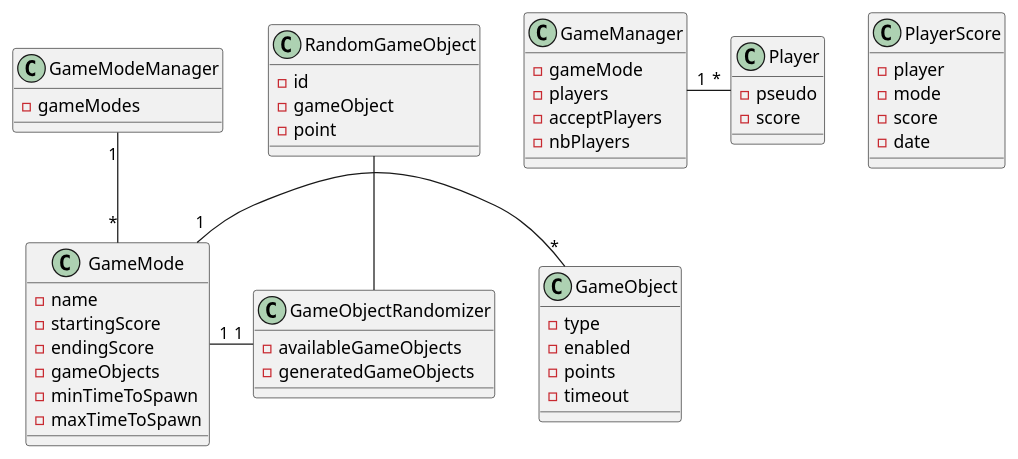
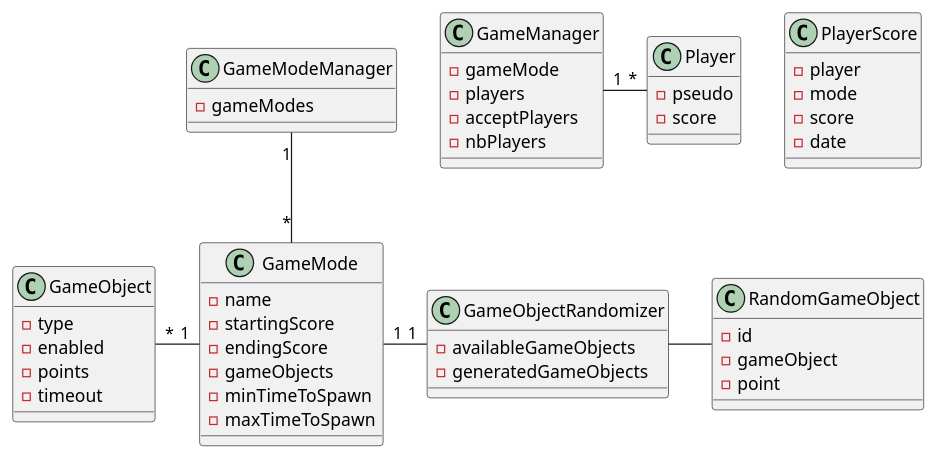
The diagram in Rapport/diagrammes/DomaineFinalServeur.puml (heig-vd-gen2017/projet), drawn with PlantUML before and after one commit. The commit also changed 1 other file, not shown here.

Commit message:
Changes in diagrams

```diff
--- a/Rapport/diagrammes/DomaineFinalServeur.puml
+++ b/Rapport/diagrammes/DomaineFinalServeur.puml
@@ -1,57 +1,58 @@
 @startuml
 class GameManager {
     -gameMode
     -players
     -acceptPlayers
     -nbPlayers
-}
-
-class PlayerScore {
-    -player
-    -mode
-    -score
-    -date
 }
 
 class Player {
     -pseudo
     -score
 }
 
 class GameMode {
     -name
     -startingScore
     -endingScore
     -gameObjects
     -minTimeToSpawn
     -maxTimeToSpawn
 }
 
 class GameModeManager {
     -gameModes
 }
 
 class GameObject {
     -type
     -enabled
     -points
     -timeout
 }
 
 class GameObjectRandomizer {
     -availableGameObjects
     -generatedGameObjects
 }
 
 class RandomGameObject {
     -id
     -gameObject
     -point
 }
 
+class PlayerScore {
+    -player
+    -mode
+    -score
+    -date
+}
+
 GameModeManager "1" -- "*" GameMode
-GameMode "1" - "*" GameObject
+GameObjectRandomizer - RandomGameObject
+GameObject"*" - "1" GameMode
 GameManager "1" - "*" Player
 GameMode "1" - "1" GameObjectRandomizer
-RandomGameObject -- GameObjectRandomizer
+
 @enduml
```
